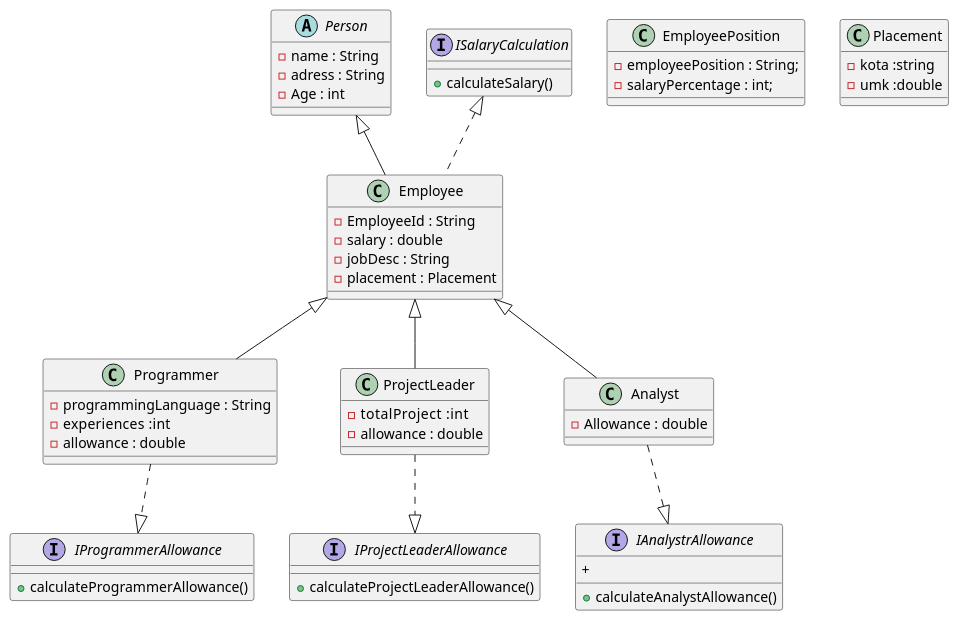
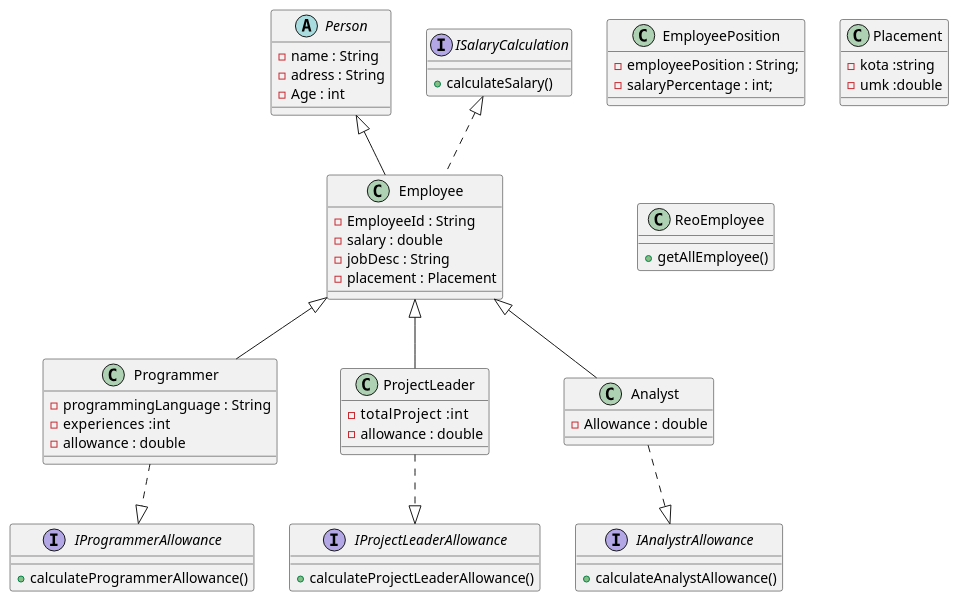
Before and after one commit to yanaxid/SalaryKaryawan: the diagram in uml.plantuml, drawn with PlantUML. The commit also changed 4 other files, not shown here.

```diff
--- a/uml.plantuml
+++ b/uml.plantuml
@@ -1,84 +1,87 @@
 @startuml
 
 
 
 
 
 abstract class Person{
 -name : String
 -adress : String
 -Age : int
 }
 
 
 class Employee{
 
 -EmployeeId : String
 -salary : double 
 -jobDesc : String
 -placement : Placement
 }
 
 
 
 class EmployeePosition {
 	
 -employeePosition : String;
 -salaryPercentage : int;
 
 }
 
 class Programmer{
 -programmingLanguage : String
 -experiences  :int
 -allowance : double
 }
 
 class ProjectLeader{
 -totalProject   :int
 -allowance : double
 }
 
 class Analyst{
 -Allowance : double
 }
 
 class Placement{
 -kota :string
 -umk :double
 }
 
 
+class ReoEmployee{
++getAllEmployee()
+}
+
 interface ISalaryCalculation{
 +calculateSalary()
 }
 
 interface IProgrammerAllowance{
 +calculateProgrammerAllowance()
 }
 
 
 interface IProjectLeaderAllowance{
 +calculateProjectLeaderAllowance()
 }
 
 interface IAnalystrAllowance{
-+
 +calculateAnalystAllowance()
 }
 
 Analyst .down.|> IAnalystrAllowance
 Programmer .down.|> IProgrammerAllowance
 ProjectLeader .down.|> IProjectLeaderAllowance
 
 
 
 Employee .up.|> ISalaryCalculation
 Employee -up-|> Person
 Programmer -up-|> Employee
 ProjectLeader -up-|> Employee
 Analyst -up-|> Employee
 
 
 
 @enduml
```
